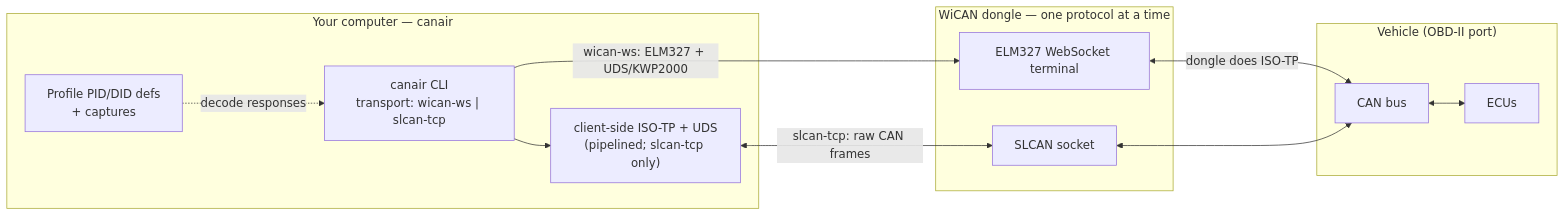
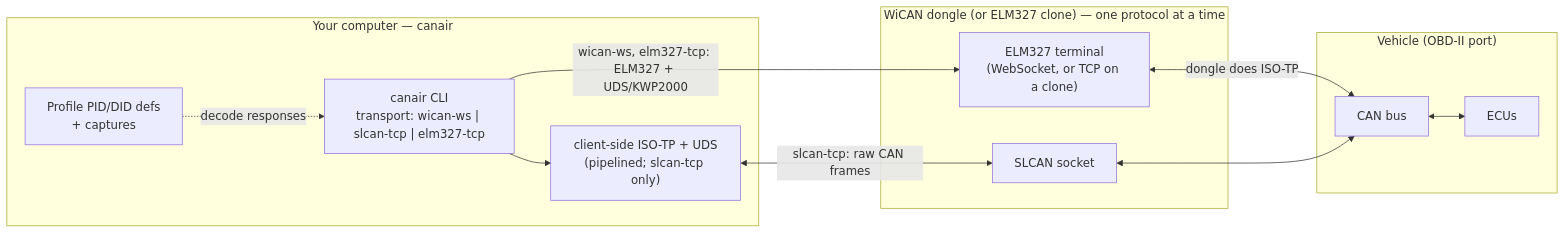
The diagram in docs/concepts/architecture.md (philipkocanda/canair), drawn with Mermaid before and after one commit. The commit also changed other lines of this file and 1 other file, not shown here.

Commit message:
docs: show elm327-tcp in the architecture diagrams

````diff
--- a/docs/concepts/architecture.md
+++ b/docs/concepts/architecture.md
@@ -10,23 +10,23 @@
 ```mermaid
 flowchart LR
     subgraph host["Your computer — canair"]
-        cli["canair CLI<br/>transport: wican-ws | slcan-tcp"]
+        cli["canair CLI<br/>transport: wican-ws | slcan-tcp | elm327-tcp"]
         defs["Profile PID/DID defs<br/>+ captures"]
         isotp["client-side ISO-TP + UDS<br/>(pipelined; slcan-tcp only)"]
     end
-    subgraph wican["WiCAN dongle — one protocol at a time"]
-        ws["ELM327 WebSocket terminal"]
+    subgraph wican["WiCAN dongle (or ELM327 clone) — one protocol at a time"]
+        ws["ELM327 terminal<br/>(WebSocket, or TCP on a clone)"]
         slcan["SLCAN socket"]
     end
     subgraph car["Vehicle (OBD-II port)"]
         bus["CAN bus"]
         ecus["ECUs"]
     end
-    cli -->|"wican-ws: ELM327 + UDS/KWP2000"| ws
+    cli -->|"wican-ws, elm327-tcp: ELM327 + UDS/KWP2000"| ws
     cli --> isotp
     isotp <-->|"slcan-tcp: raw CAN frames"| slcan
     ws <-->|"dongle does ISO-TP"| bus
     slcan <--> bus
     bus <--> ecus
     defs -.->|"decode responses"| cli
 ```
````
